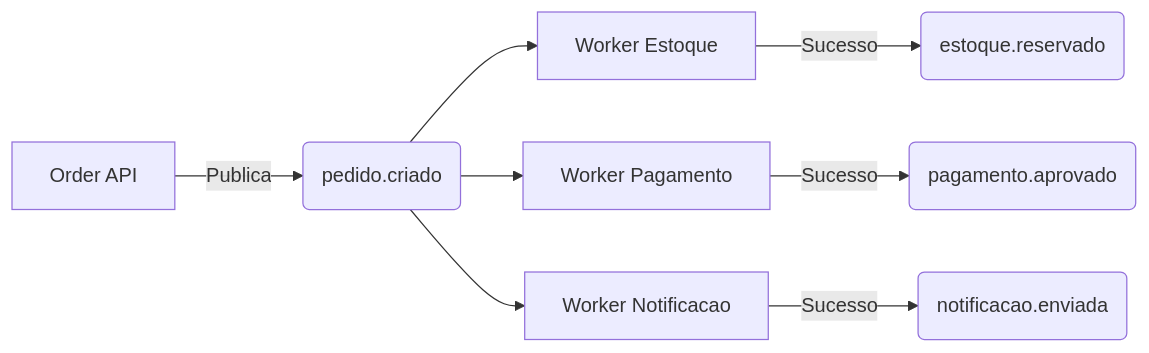
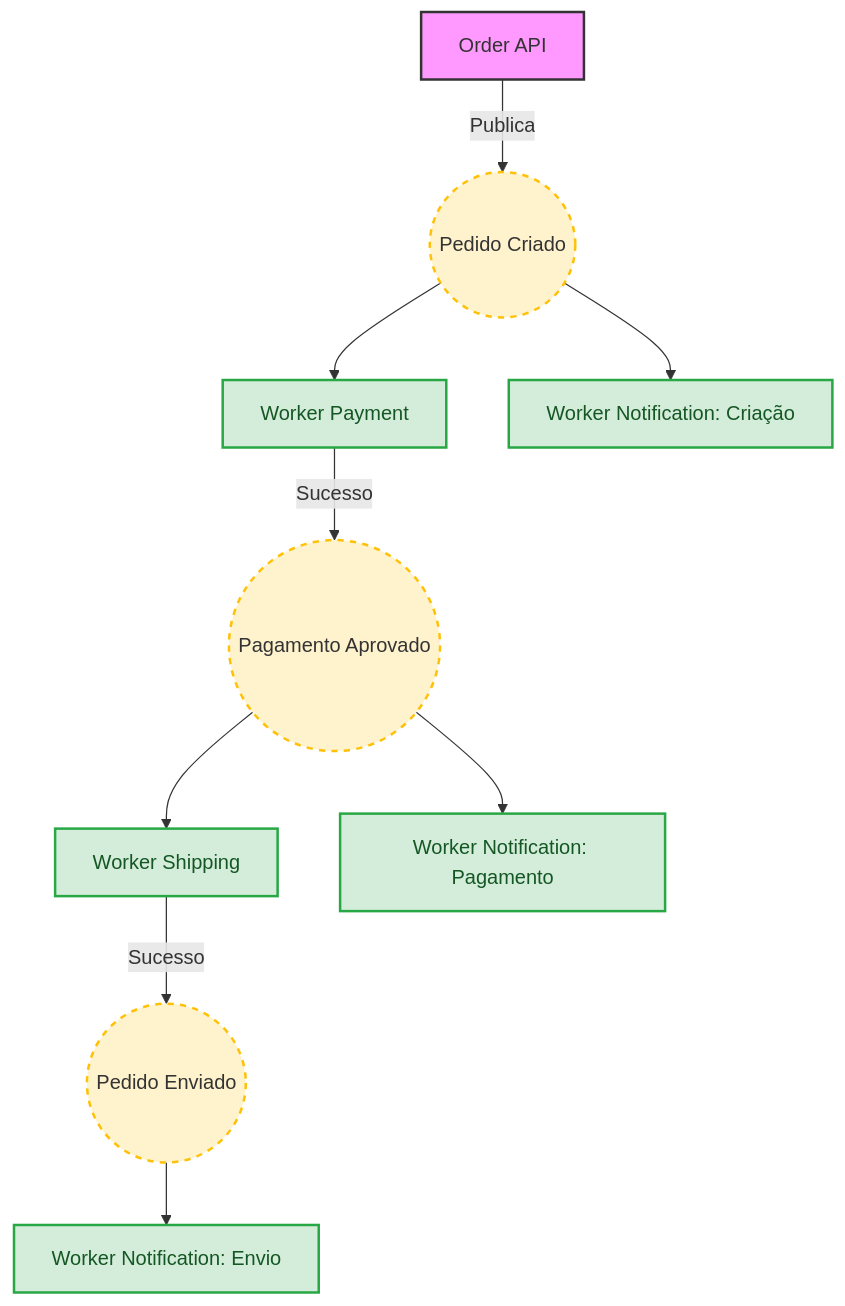
One commit to diogoss120/pedidos-mensageria-pubsub changed the diagram in README.md. Above: the diagram before and after it, drawn with Mermaid. The commit also changed other lines of this file and 6 other files, not shown here.

Commit message:
Atualiza fluxo, diagramas e idempotência nos workers

````diff
--- a/README.md
+++ b/README.md
@@ -16,11 +16,25 @@
 ```mermaid
-graph LR
-    API[Order API] -->|Publica| T1(pedido.criado)
-    T1 --> Sub1[Worker Estoque]
-    T1 --> Sub2[Worker Pagamento]
-    T1 --> Sub3[Worker Notificacao]
-    Sub1 -->|Sucesso| T2(estoque.reservado)
-    Sub2 -->|Sucesso| T3(pagamento.aprovado)
-    Sub3 -->|Sucesso| T4(notificacao.enviada)
+graph TD
+    %% Nós de entrada e Processamento
+    API[Order API] -->|Publica| T1((Pedido Criado))
+    
+    T1 --> Sub2[Worker Payment]
+    T1 --> Sub3[Worker Notification: Criação]
 
+    Sub2 -->|Sucesso| T2((Pagamento Aprovado))
+    
+    T2 --> Sub1[Worker Shipping]
+    T2 --> Sub4[Worker Notification: Pagamento]
+
+    Sub1 -->|Sucesso| T3((Pedido Enviado))
+    
+    T3 --> Sub5[Worker Notification: Envio]
+
+    %% Estilização para ficar "bonito" no GitHub
+    style API fill:#f9f,stroke:#333,stroke-width:2px
+    classDef worker fill:#d4edda,stroke:#28a745,stroke-width:2px,color:#155724
+    classDef event fill:#fff3cd,stroke:#ffc107,stroke-width:2px,stroke-dasharray: 5 5
+
+    class Sub1,Sub2,Sub3,Sub4,Sub5 worker
+    class T1,T2,T3 event
 ```
````
